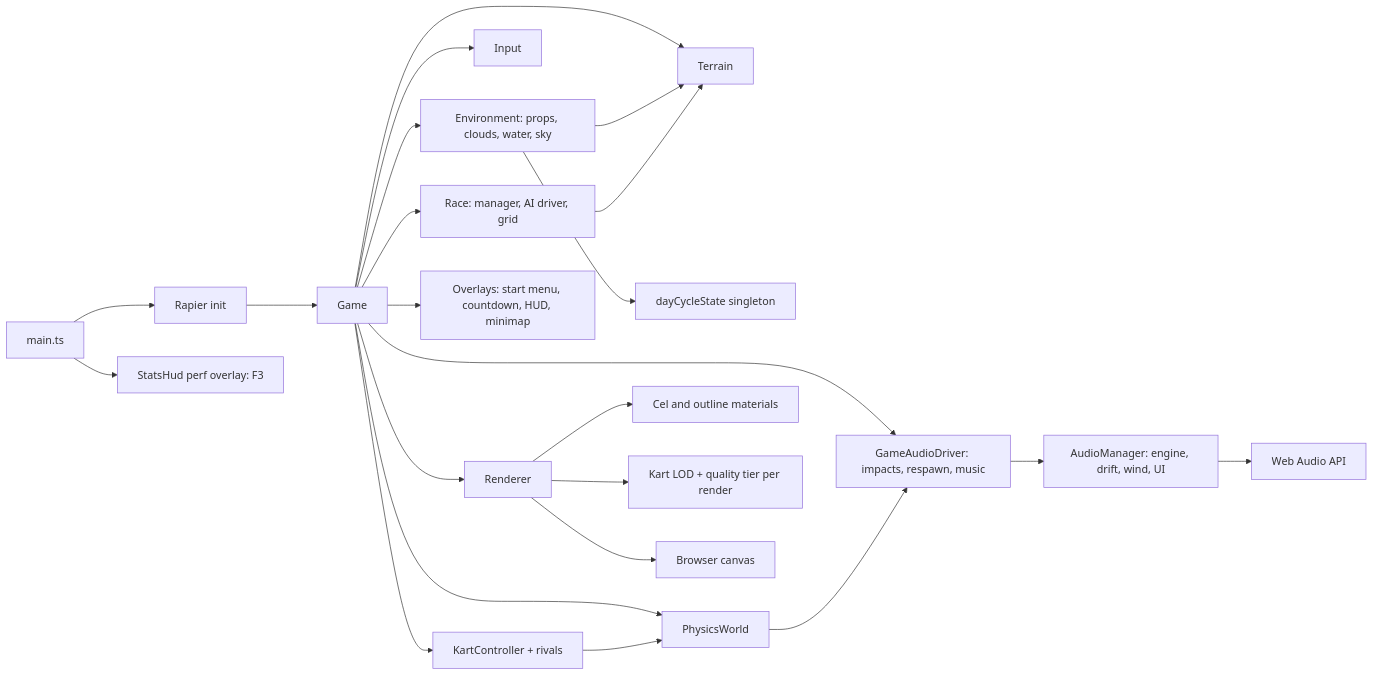
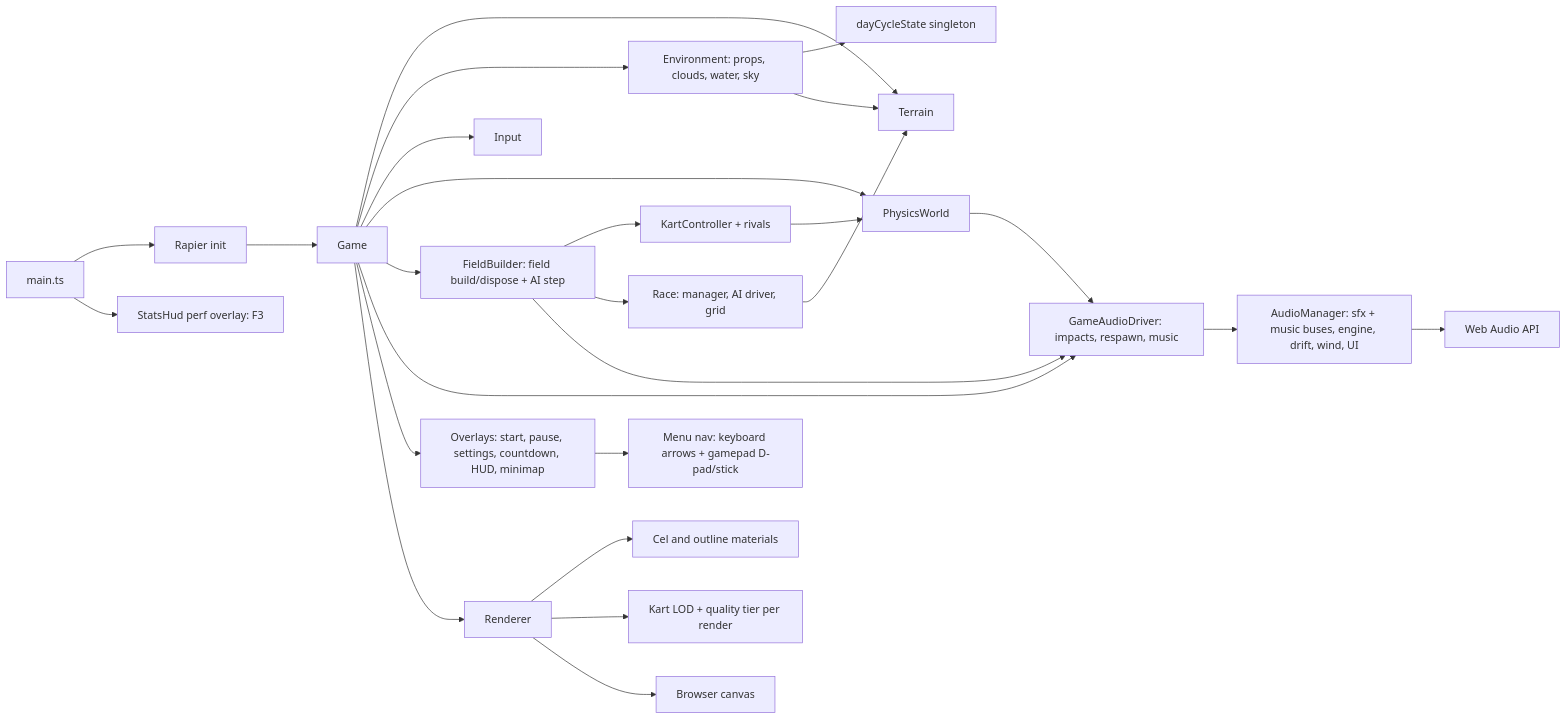
One commit to jjgroenendijk/cart-game changed the diagram in AGENTS.md. Above: the diagram before and after it, drawn with Mermaid. The commit also changed 26 other files, not shown here.

First line of the commit message:
012 Menu: pause + settings v1 (#14)

````diff
--- a/AGENTS.md
+++ b/AGENTS.md
@@ -23,25 +23,28 @@
 ```mermaid
 flowchart LR
   main[main.ts] --> rapier[Rapier init]
   rapier --> game[Game]
   game --> terrain[Terrain]
   game --> env[Environment: props, clouds, water, sky]
   env --> dayCycle[dayCycleState singleton]
   env --> terrain
   game --> input[Input]
   game --> physics[PhysicsWorld]
-  game --> kart[KartController + rivals]
+  game --> field[FieldBuilder: field build/dispose + AI step]
+  field --> kart[KartController + rivals]
+  field --> race[Race: manager, AI driver, grid]
   kart --> physics
-  game --> race[Race: manager, AI driver, grid]
   race --> terrain
   game --> gameAudio[GameAudioDriver: impacts, respawn, music]
+  field --> gameAudio
   physics --> gameAudio
-  gameAudio --> audio[AudioManager: engine, drift, wind, UI]
+  gameAudio --> audio[AudioManager: sfx + music buses, engine, drift, wind, UI]
   audio --> webaudio[Web Audio API]
-  game --> ui[Overlays: start menu, countdown, HUD, minimap]
+  game --> ui[Overlays: start, pause, settings, countdown, HUD, minimap]
+  ui --> menuNav[Menu nav: keyboard arrows + gamepad D-pad/stick]
   game --> renderer[Renderer]
   renderer --> materials[Cel and outline materials]
   renderer --> lod[Kart LOD + quality tier per render]
   renderer --> canvas[Browser canvas]
   main --> statsHud[StatsHud perf overlay: F3]
 ```
````
